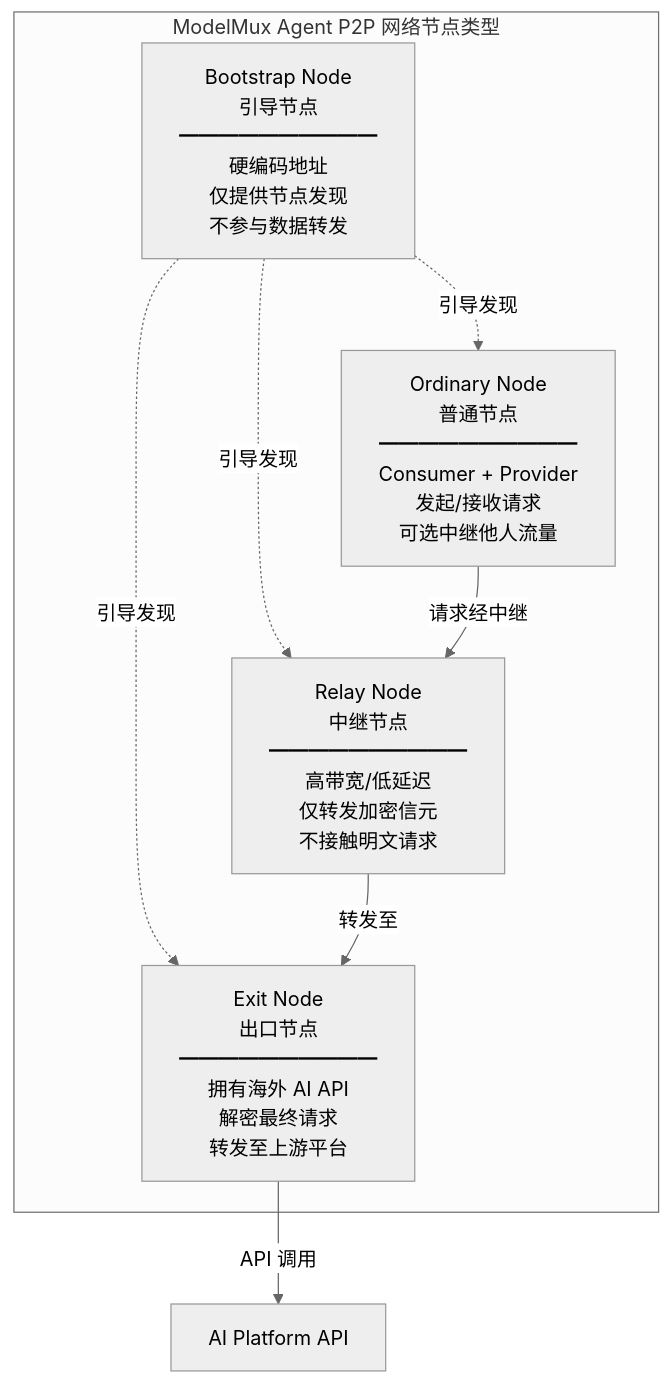
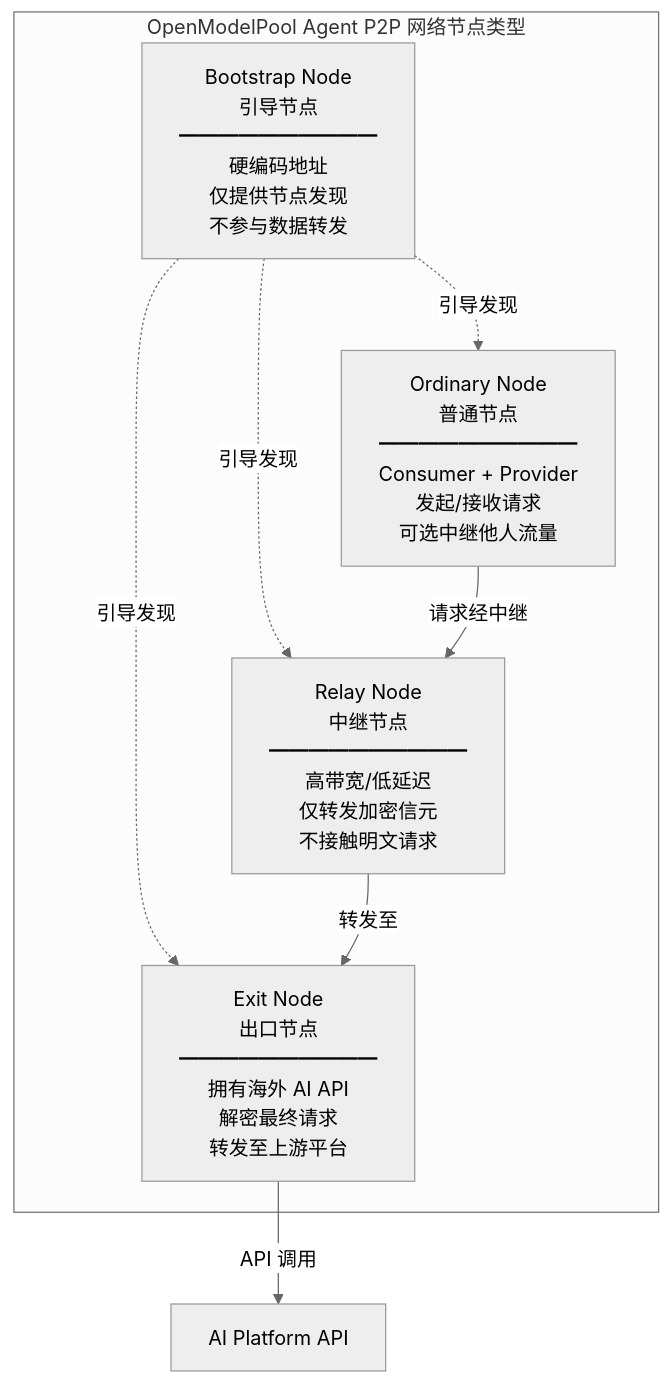
One commit to lisiyu/modelmux changed the first of 17 diagrams in docs/ModelMux_P2P_Architecture.md. Above: the diagram before and after it, drawn with Mermaid (neutral theme). The commit also changed other lines of this file and 74 other files, not shown here.

Commit message:
feat: brand rename ModelMux → OpenModelPool

````diff
--- a/docs/ModelMux_P2P_Architecture.md
+++ b/docs/ModelMux_P2P_Architecture.md
@@ -69,16 +69,16 @@
 ```mermaid
 graph TB
-    subgraph "ModelMux Agent P2P 网络节点类型"
+    subgraph "OpenModelPool Agent P2P 网络节点类型"
         BN[Bootstrap Node<br/>引导节点<br/>━━━━━━━━━━<br/>硬编码地址<br/>仅提供节点发现<br/>不参与数据转发]
         ON[Ordinary Node<br/>普通节点<br/>━━━━━━━━━━<br/>Consumer + Provider<br/>发起/接收请求<br/>可选中继他人流量]
         RN[Relay Node<br/>中继节点<br/>━━━━━━━━━━<br/>高带宽/低延迟<br/>仅转发加密信元<br/>不接触明文请求]
         EN[Exit Node<br/>出口节点<br/>━━━━━━━━━━<br/>拥有海外 AI API<br/>解密最终请求<br/>转发至上游平台]
     end
     
     BN -.->|引导发现| ON
     BN -.->|引导发现| RN
     BN -.->|引导发现| EN
     ON -->|请求经中继| RN
     RN -->|转发至| EN
     EN -->|API 调用| API[AI Platform API]
 ```
````
